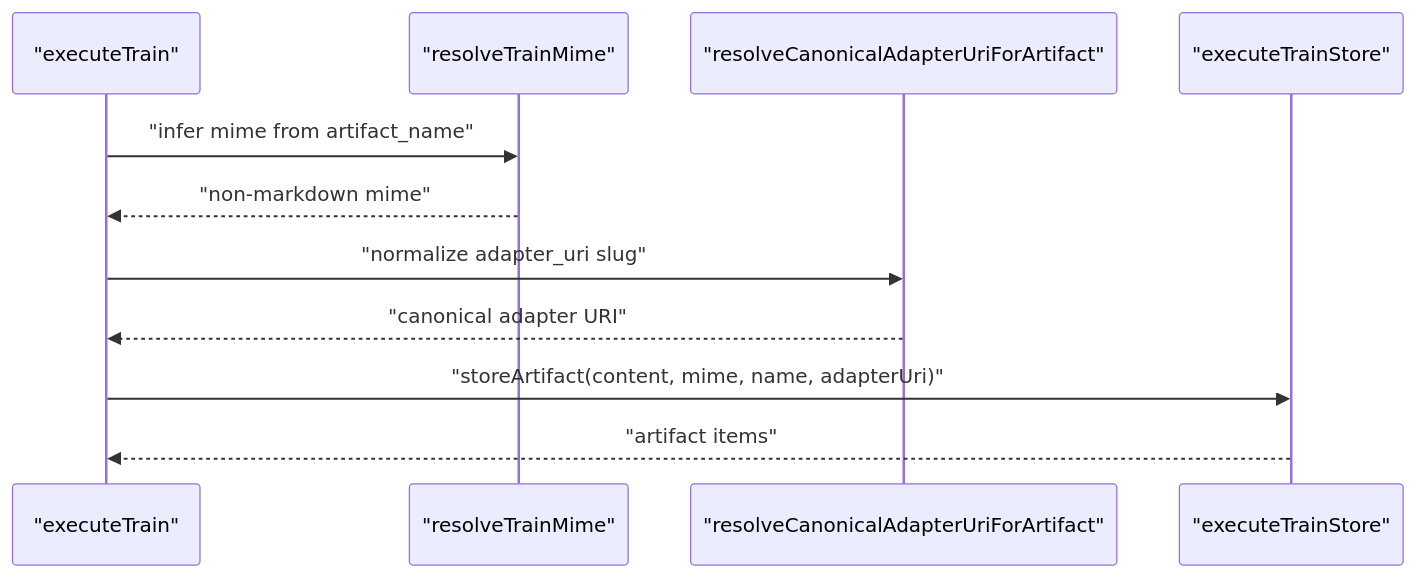
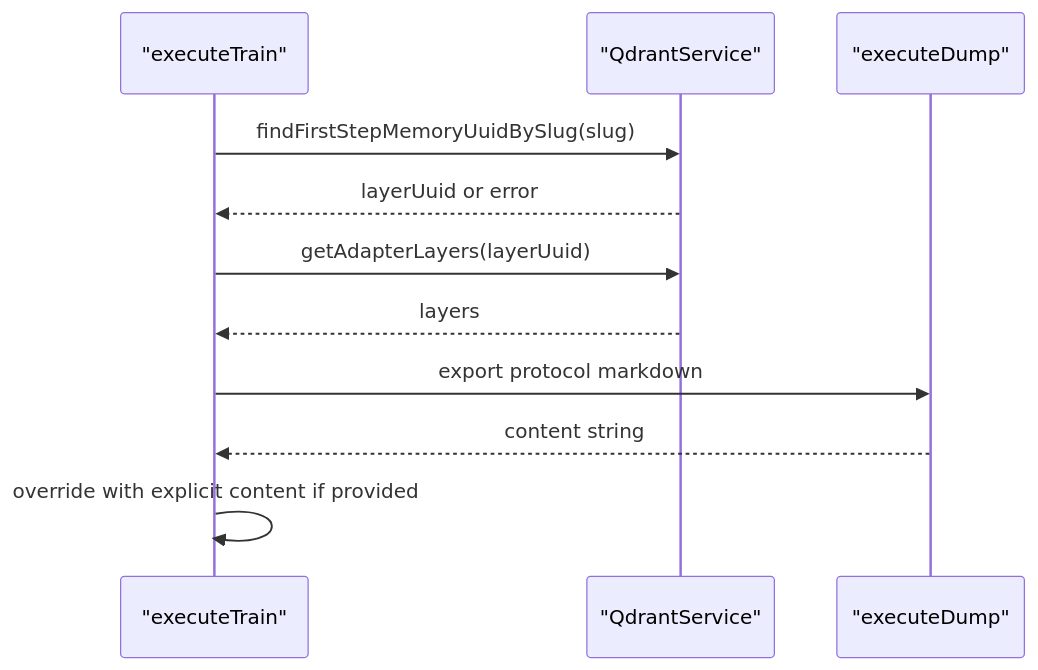
One commit to SquadRules/mcp changed the fourth of 12 diagrams in .qoder/repowiki/en/content/MCP Tools Reference/Train Tool.md. Above: the diagram before and after it, drawn with Mermaid. The commit also changed other lines of this file and 553 other files, not shown here.

````diff
--- a/.qoder/repowiki/en/content/MCP Tools Reference/Train Tool.md
+++ b/.qoder/repowiki/en/content/MCP Tools Reference/Train Tool.md
@@ -270,13 +185,13 @@
 ```mermaid
 sequenceDiagram
-participant Train as "executeTrain"
-participant Mime as "resolveTrainMime"
-participant Uri as "resolveCanonicalAdapterUriForArtifact"
-participant Store as "executeTrainStore"
-Train->>Mime : "infer mime from artifact_name"
-Mime-->>Train : "non-markdown mime"
-Train->>Uri : "normalize adapter_uri slug"
-Uri-->>Train : "canonical adapter URI"
-Train->>Store : "storeArtifact(content, mime, name, adapterUri)"
-Store-->>Train : "artifact items"
+participant Tool as "executeTrain"
+participant Vector as "QdrantService"
+participant Dump as "executeDump"
+Tool->>Vector : findFirstStepMemoryUuidBySlug(slug)
+Vector-->>Tool : layerUuid or error
+Tool->>Vector : getAdapterLayers(layerUuid)
+Vector-->>Tool : layers
+Tool->>Dump : export protocol markdown
+Dump-->>Tool : content string
+Tool->>Tool : override with explicit content if provided
 ```
````
